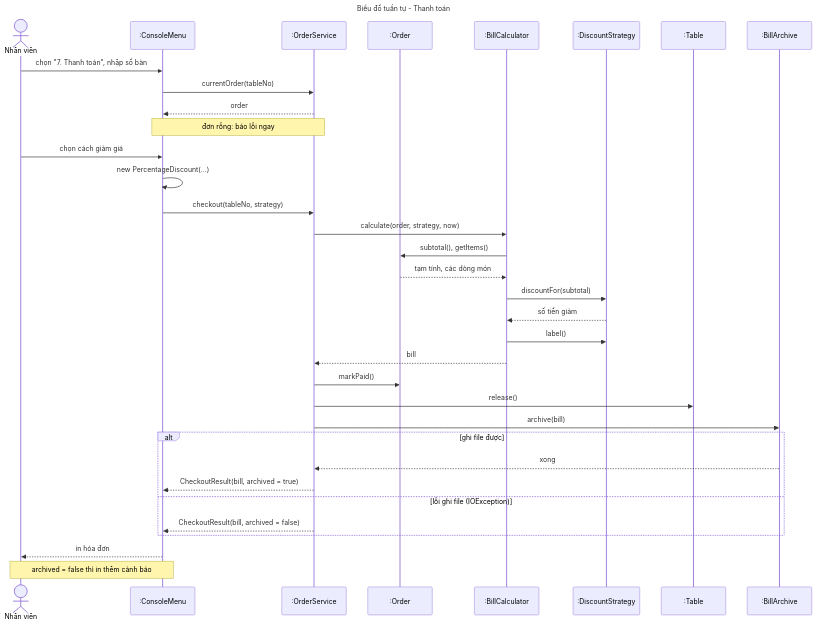
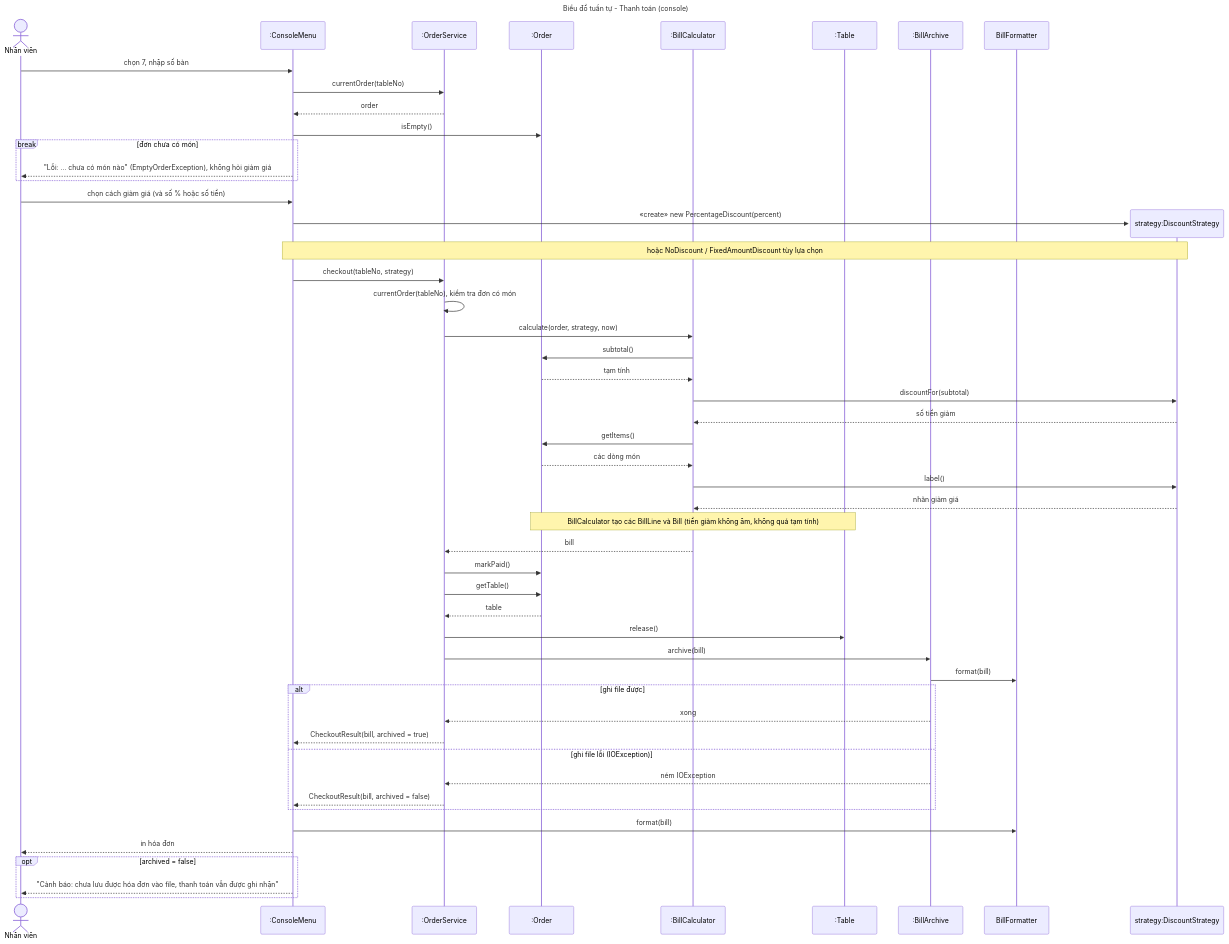
Before and after one commit to ducanhdhtb06-hub/btl-oop-: the diagram in docs/uml/6-tuan-tu-thanh-toan.mmd, drawn with Mermaid. The commit also changed 25 other files, not shown here.

First line of the commit message:
docs: UML vẽ lại cho khớp code, thêm file draw.io

```diff
--- a/docs/uml/6-tuan-tu-thanh-toan.mmd
+++ b/docs/uml/6-tuan-tu-thanh-toan.mmd
@@ -1,38 +1,55 @@
 ---
-title: Biểu đồ tuần tự - Thanh toán
+title: Biểu đồ tuần tự - Thanh toán (console)
 ---
 sequenceDiagram
     actor NV as Nhân viên
     participant UI as :ConsoleMenu
     participant OS as :OrderService
     participant O as :Order
     participant BC as :BillCalculator
-    participant DS as :DiscountStrategy
     participant T as :Table
     participant BA as :BillArchive
+    participant BF as BillFormatter
 
-    NV->>UI: chọn "7. Thanh toán", nhập số bàn
+    NV->>UI: chọn 7, nhập số bàn
     UI->>OS: currentOrder(tableNo)
     OS-->>UI: order
-    Note over UI,OS: đơn rỗng: báo lỗi ngay
-    NV->>UI: chọn cách giảm giá
-    UI->>UI: new PercentageDiscount(...)
+    UI->>O: isEmpty()
+    break đơn chưa có món
+        UI-->>NV: "Lỗi: ... chưa có món nào" (EmptyOrderException), không hỏi giảm giá
+    end
+    NV->>UI: chọn cách giảm giá (và số % hoặc số tiền)
+    create participant DS as strategy:DiscountStrategy
+    UI->>DS: «create» new PercentageDiscount(percent)
+    Note over UI,DS: hoặc NoDiscount / FixedAmountDiscount tùy lựa chọn
     UI->>OS: checkout(tableNo, strategy)
+    OS->>OS: currentOrder(tableNo), kiểm tra đơn có món
     OS->>BC: calculate(order, strategy, now)
-    BC->>O: subtotal(), getItems()
-    O-->>BC: tạm tính, các dòng món
+    BC->>O: subtotal()
+    O-->>BC: tạm tính
     BC->>DS: discountFor(subtotal)
     DS-->>BC: số tiền giảm
+    BC->>O: getItems()
+    O-->>BC: các dòng món
     BC->>DS: label()
+    DS-->>BC: nhãn giảm giá
+    Note over O,T: BillCalculator tạo các BillLine và Bill (tiền giảm không âm, không quá tạm tính)
     BC-->>OS: bill
     OS->>O: markPaid()
+    OS->>O: getTable()
+    O-->>OS: table
     OS->>T: release()
     OS->>BA: archive(bill)
+    BA->>BF: format(bill)
     alt ghi file được
         BA-->>OS: xong
         OS-->>UI: CheckoutResult(bill, archived = true)
-    else lỗi ghi file (IOException)
+    else ghi file lỗi (IOException)
+        BA-->>OS: ném IOException
         OS-->>UI: CheckoutResult(bill, archived = false)
     end
+    UI->>BF: format(bill)
     UI-->>NV: in hóa đơn
-    Note over NV,UI: archived = false thì in thêm cảnh báo
+    opt archived = false
+        UI-->>NV: "Cảnh báo: chưa lưu được hóa đơn vào file, thanh toán vẫn được ghi nhận"
+    end
```
